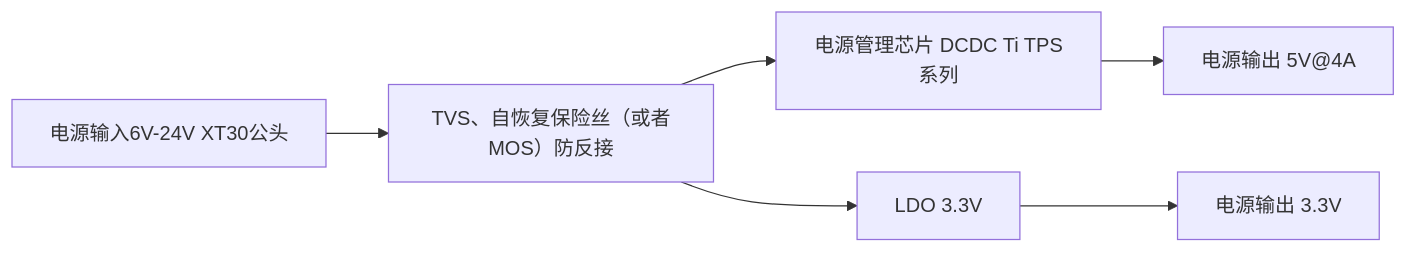
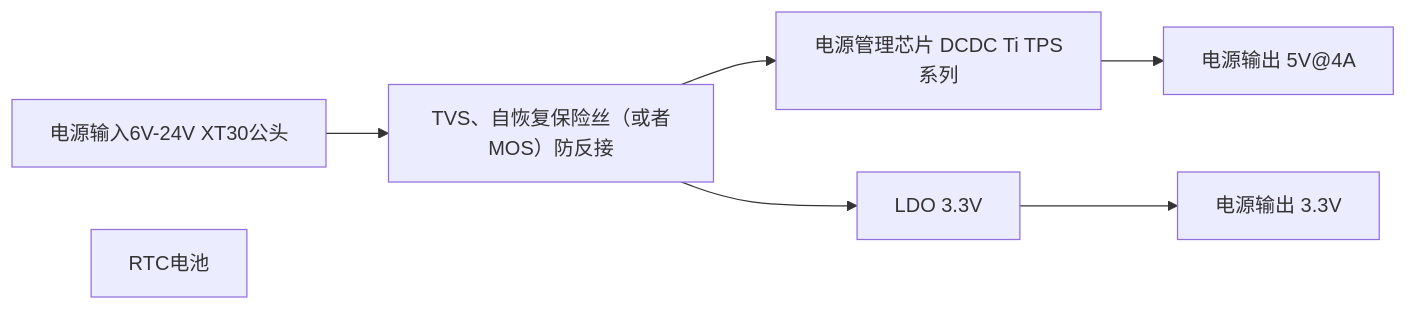
One commit to ChenYuWuAi/hardware_train changed the second of 2 diagrams in README.md. Above: the diagram before and after it, drawn with Mermaid. The commit also changed other lines of this file, not shown here.

````diff
--- a/README.md
+++ b/README.md
@@ -36,14 +38,15 @@
 ``` mermaid
 graph LR
     A[电源输入6V-24V XT30公头]
     B[TVS、自恢复保险丝（或者MOS）防反接]
     C[电源管理芯片 DCDC Ti TPS系列]
     F[LDO 3.3V]
     D[电源输出 5V@4A]
     E[电源输出 3.3V]
+    H[RTC电池]
     A --> B
     B --> C
     B --> F
     C --> D
     F --> E
 ```
````
